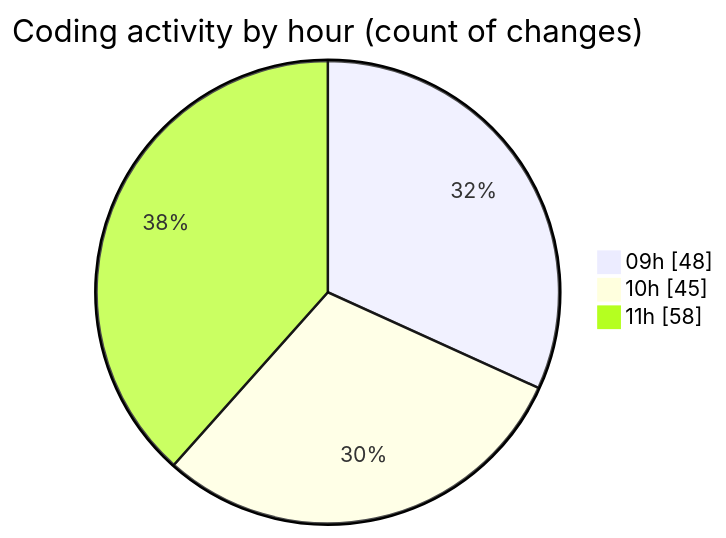
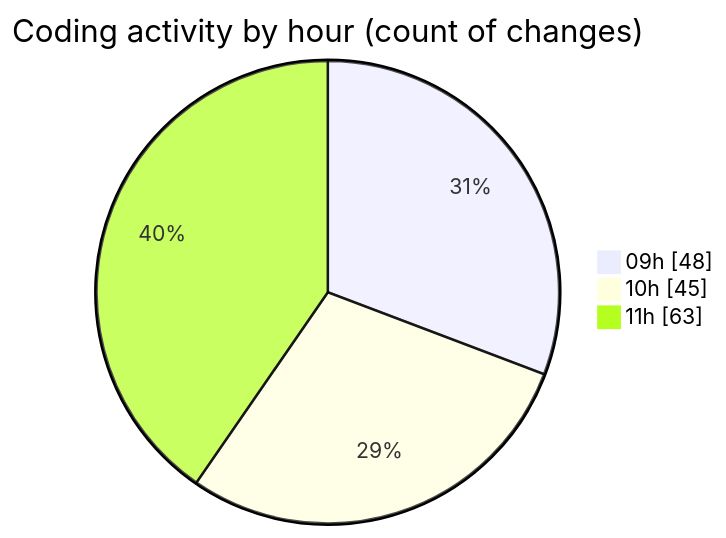
One commit to momahboobian/code-tracking changed the second of 2 diagrams in 2025-03-14/cda/README.md. Above: the diagram before and after it, drawn with Mermaid. The commit also changed other lines of this file and 1 other file, not shown here.

````diff
--- a/2025-03-14/cda/README.md
+++ b/2025-03-14/cda/README.md
@@ -45,7 +45,7 @@
 ```mermaid
 pie showData
 title Coding activity by hour (count of changes)
 "09h" : 48
 "10h" : 45
-"11h" : 58
+"11h" : 63
 ```
````
